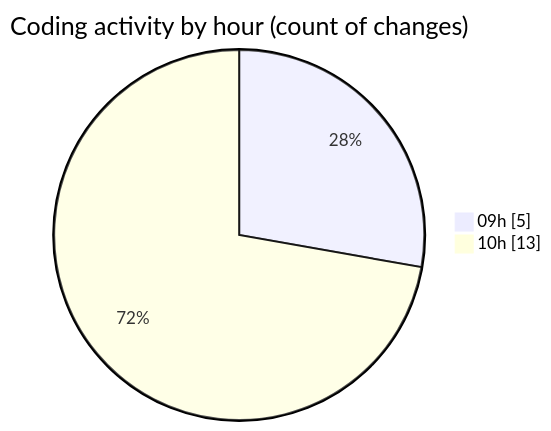
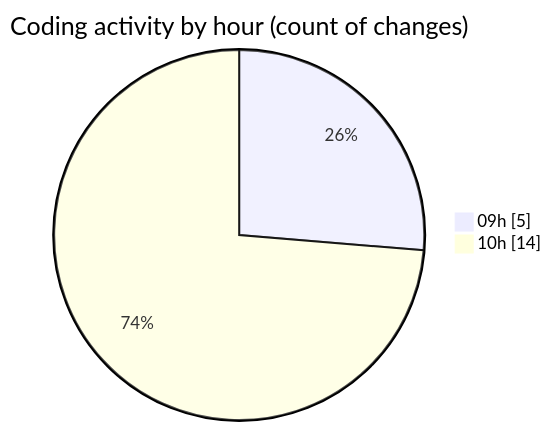
Before and after one commit to ricardozamudiocil/code-tracking: the second of 2 diagrams in 2026-06-03/cilapp/README.md, drawn with Mermaid. The commit also changed other lines of this file and 1 other file, not shown here.

````diff
--- a/2026-06-03/cilapp/README.md
+++ b/2026-06-03/cilapp/README.md
@@ -31,6 +32,6 @@
 ```mermaid
 pie showData
 title Coding activity by hour (count of changes)
 "09h" : 5
-"10h" : 13
+"10h" : 14
 ```
````
